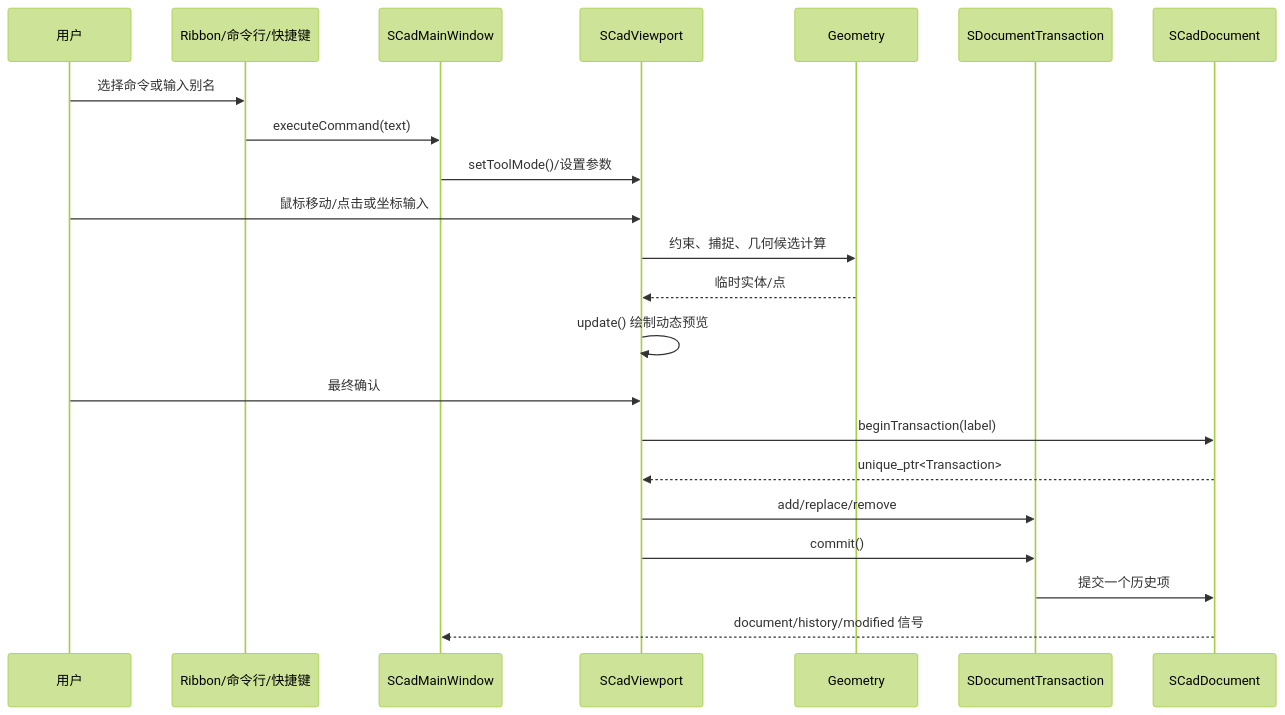
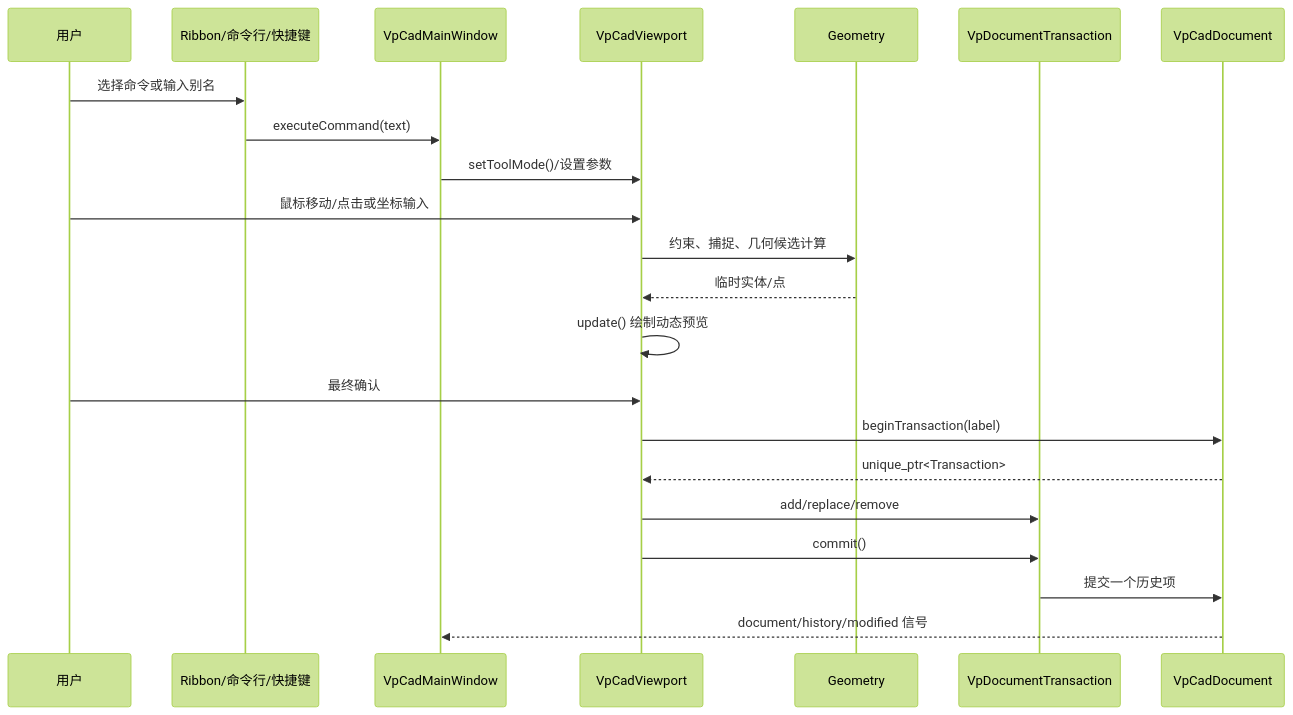
The fourth of 5 diagrams in sgraphDocs/CODEBASE_REFERENCE.md (HJX0201/vectorPath), drawn with Mermaid (forest theme) before and after one commit. The commit also changed other lines of this file and 628 other files, not shown here.

````diff
--- a/sgraphDocs/CODEBASE_REFERENCE.md
+++ b/sgraphDocs/CODEBASE_REFERENCE.md
@@ -894,24 +936,24 @@
 ```mermaid
 sequenceDiagram
     participant User as 用户
     participant GUI as Ribbon/命令行/快捷键
-    participant Main as SCadMainWindow
-    participant View as SCadViewport
+    participant Main as VpCadMainWindow
+    participant View as VpCadViewport
     participant Geo as Geometry
-    participant Tx as SDocumentTransaction
-    participant Doc as SCadDocument
+    participant Tx as VpDocumentTransaction
+    participant Doc as VpCadDocument
     User->>GUI: 选择命令或输入别名
     GUI->>Main: executeCommand(text)
     Main->>View: setToolMode()/设置参数
     User->>View: 鼠标移动/点击或坐标输入
     View->>Geo: 约束、捕捉、几何候选计算
     Geo-->>View: 临时实体/点
     View->>View: update() 绘制动态预览
     User->>View: 最终确认
     View->>Doc: beginTransaction(label)
     Doc-->>View: unique_ptr<Transaction>
     View->>Tx: add/replace/remove
     View->>Tx: commit()
     Tx->>Doc: 提交一个历史项
     Doc-->>Main: document/history/modified 信号
 ```
````
